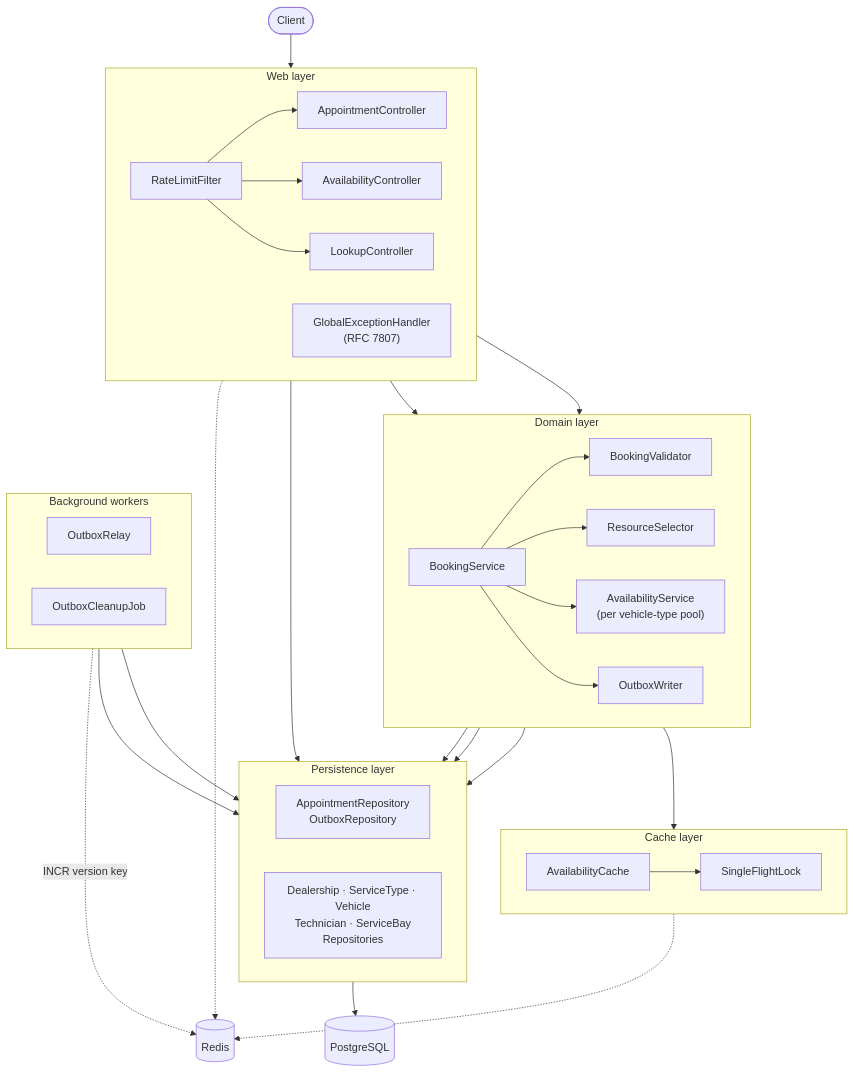
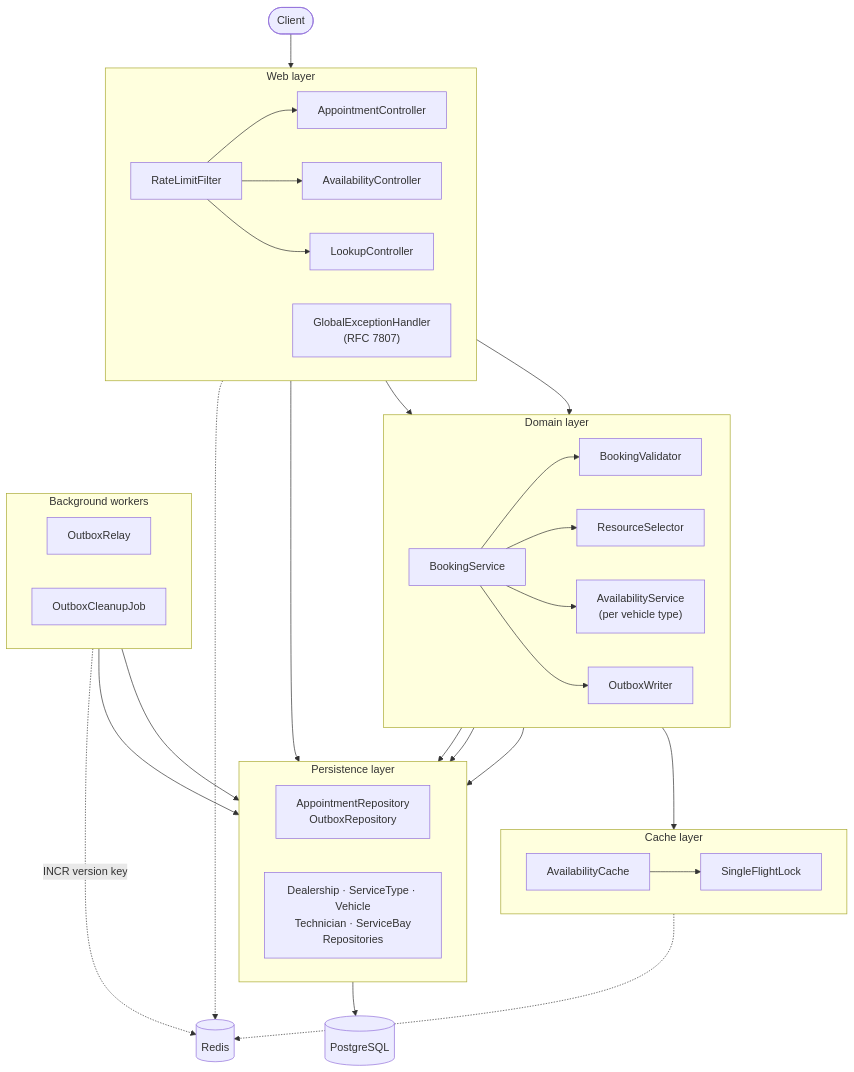
The diagram in docs/diagrams/dld/01-component.mermaid (Rubynam/keyloop), drawn with Mermaid before and after one commit. The commit also changed 40 other files, not shown here.

```diff
--- a/docs/diagrams/dld/01-component.mermaid
+++ b/docs/diagrams/dld/01-component.mermaid
@@ -1,62 +1,62 @@
 flowchart TB
     CLIENT(["Client"])
 
     subgraph WEB["Web layer"]
         direction LR
         RL["RateLimitFilter"]
         AC["AppointmentController"]
         AVC["AvailabilityController"]
         LC["LookupController"]
         EH["GlobalExceptionHandler<br/>(RFC 7807)"]
     end
 
     subgraph DOMAIN["Domain layer"]
         direction LR
         BS["BookingService"]
         VAL["BookingValidator"]
         RS["ResourceSelector"]
-        AVS["AvailabilityService<br/>(per vehicle-type pool)"]
+        AVS["AvailabilityService<br/>(per vehicle type)"]
         OBW["OutboxWriter"]
     end
 
     subgraph CACHE["Cache layer"]
         direction LR
         AC_CACHE["AvailabilityCache"]
         SF["SingleFlightLock"]
     end
 
     subgraph PERSIST["Persistence layer"]
         direction LR
         WRITE_REPO["AppointmentRepository<br/>OutboxRepository"]
         READ_REPO["Dealership · ServiceType · Vehicle<br/>Technician · ServiceBay<br/>Repositories"]
     end
 
     subgraph WORKER["Background workers"]
         direction LR
         RELAY["OutboxRelay"]
         CLEAN["OutboxCleanupJob"]
     end
 
     REDIS[("Redis")]
     PG[("PostgreSQL")]
 
     CLIENT --> RL
     RL --> AC & AVC & LC
     AC --> BS
     AVC --> AVS
     LC --> READ_REPO
 
     BS --> VAL & RS & AVS & OBW
     BS --> WRITE_REPO
     OBW --> WRITE_REPO
     AVS --> AC_CACHE
     AVS --> READ_REPO
     AC_CACHE --> SF
 
     PERSIST --> PG
     CACHE -.-> REDIS
     RL -.-> REDIS
 
     RELAY --> WRITE_REPO
     CLEAN --> WRITE_REPO
     RELAY -.->|"INCR version key"| REDIS
```
